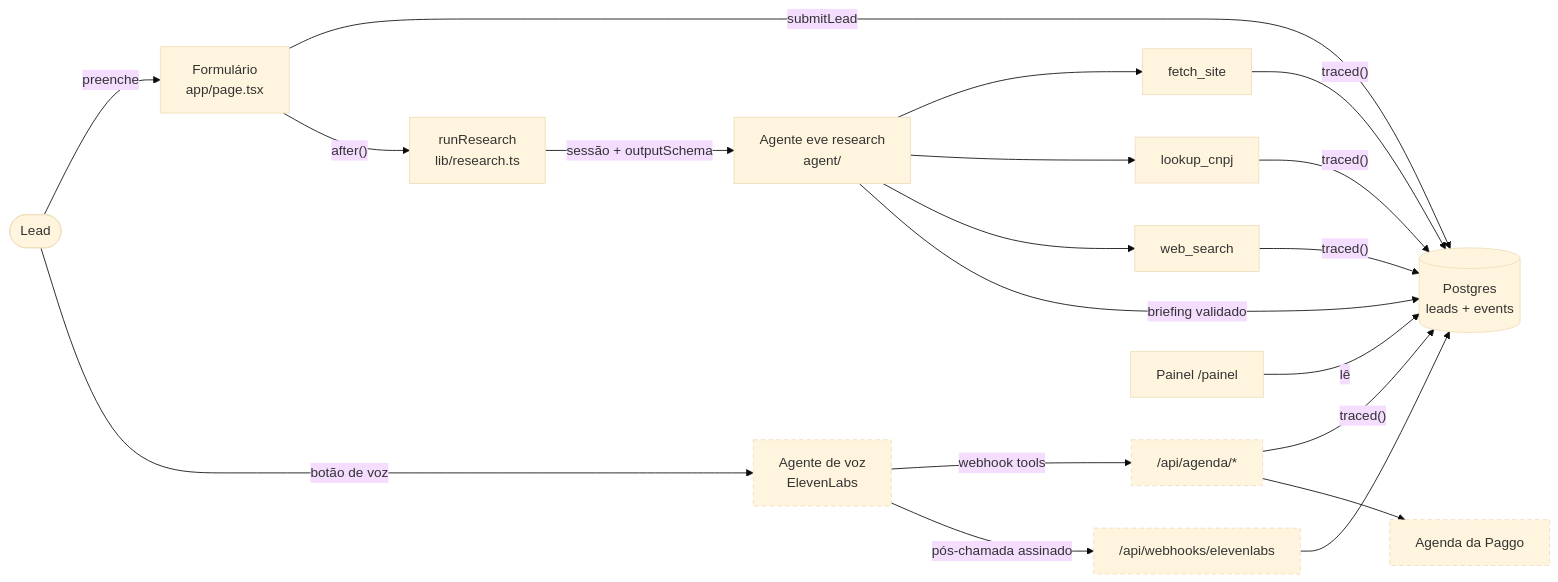
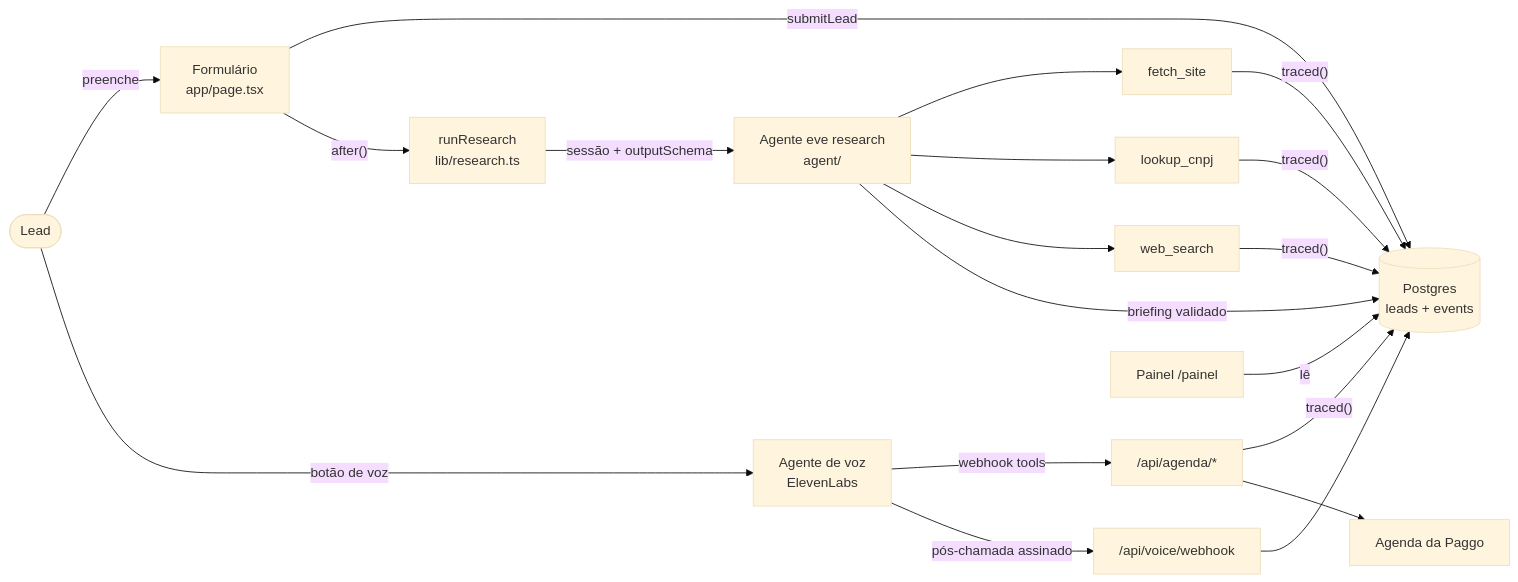
Before and after one commit to pedrocivita/paggo-agent-sdr: the first of 2 diagrams in docs/architecture.md, drawn with Mermaid (base theme). The commit also changed other lines of this file, not shown here.

First line of the commit message:
Bring architecture.md up to date with what is built

````diff
--- a/docs/architecture.md
+++ b/docs/architecture.md
@@ -17,22 +15,19 @@
 ```mermaid
 flowchart LR
   lead(["Lead"]) -->|"preenche"| form["Formulário<br/>app/page.tsx"]
   form -->|"submitLead"| db[("Postgres<br/>leads + events")]
   form -->|"after()"| research["runResearch<br/>lib/research.ts"]
   research -->|"sessão + outputSchema"| eve["Agente eve research<br/>agent/"]
   eve --> t1["fetch_site"]
   eve --> t2["lookup_cnpj"]
   eve --> t3["web_search"]
   t1 & t2 & t3 -->|"traced()"| db
   eve -->|"briefing validado"| db
   lead -->|"botão de voz"| voice["Agente de voz<br/>ElevenLabs"]
   voice -->|"webhook tools"| agenda["/api/agenda/*"]
   agenda -->|"traced()"| db
   agenda --> cal["Agenda da Paggo"]
-  voice -->|"pós-chamada assinado"| hook["/api/webhooks/elevenlabs"]
+  voice -->|"pós-chamada assinado"| hook["/api/voice/webhook"]
   hook --> db
   panel["Painel /painel"] -->|"lê"| db
-
-  classDef todo stroke-dasharray: 5 4
-  class voice,agenda,cal,hook todo
 ```
````
